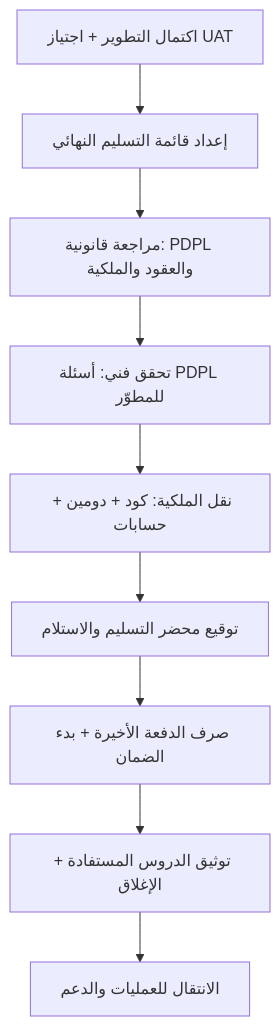
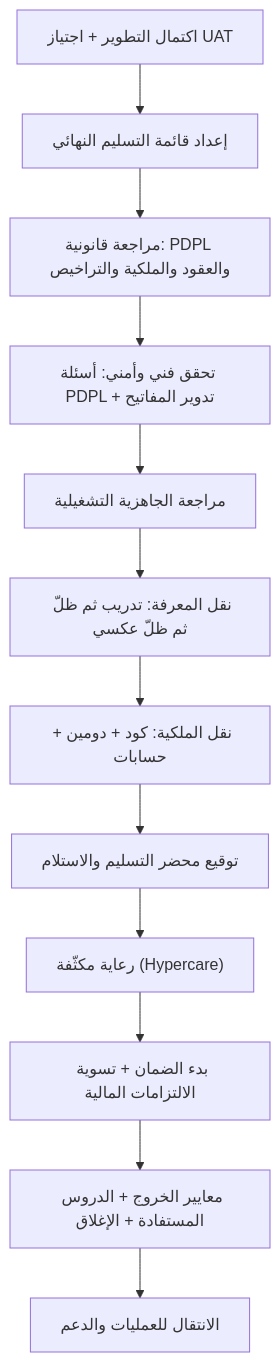
Before and after one commit to MohammedFattay/Project_Management_Notes: the diagram in content/دراسات الحالة/Afia Case Study/07 - التسليم والقانوني.md, drawn with Mermaid. The commit also changed other lines of this file and 184 other files, not shown here.

````diff
--- a/content/دراسات الحالة/Afia Case Study/07 - التسليم والقانوني.md
+++ b/content/دراسات الحالة/Afia Case Study/07 - التسليم والقانوني.md
@@ -71,11 +90,14 @@
 ```mermaid
 flowchart TD
     A["اكتمال التطوير + اجتياز UAT"] --> B["إعداد قائمة التسليم النهائي"]
-    B --> C["مراجعة قانونية: PDPL والعقود والملكية"]
-    C --> D["تحقق فني: أسئلة PDPL للمطوّر"]
-    D --> E["نقل الملكية: كود + دومين + حسابات"]
+    B --> C["مراجعة قانونية: PDPL والعقود والملكية والتراخيص"]
+    C --> D["تحقق فني وأمني: أسئلة PDPL + تدوير المفاتيح"]
+    D --> R["مراجعة الجاهزية التشغيلية"]
+    R --> KT["نقل المعرفة: تدريب ثم ظلّ ثم ظلّ عكسي"]
+    KT --> E["نقل الملكية: كود + دومين + حسابات"]
     E --> F["توقيع محضر التسليم والاستلام"]
-    F --> G["صرف الدفعة الأخيرة + بدء الضمان"]
-    G --> H["توثيق الدروس المستفادة + الإغلاق"]
+    F --> HC["رعاية مكثّفة (Hypercare)"]
+    HC --> G["بدء الضمان + تسوية الالتزامات المالية"]
+    G --> H["معايير الخروج + الدروس المستفادة + الإغلاق"]
     H --> I["الانتقال للعمليات والدعم"]
 ```
````
